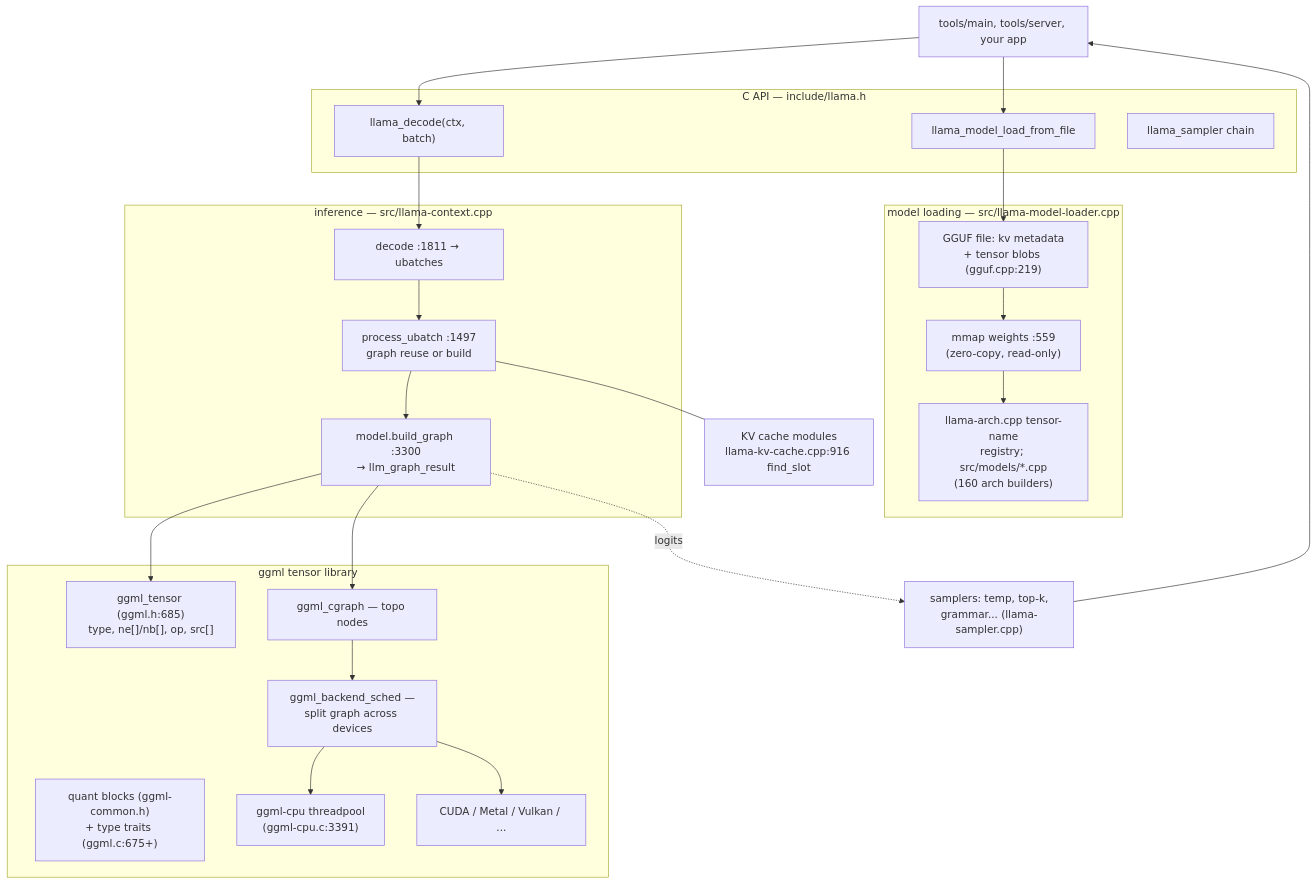
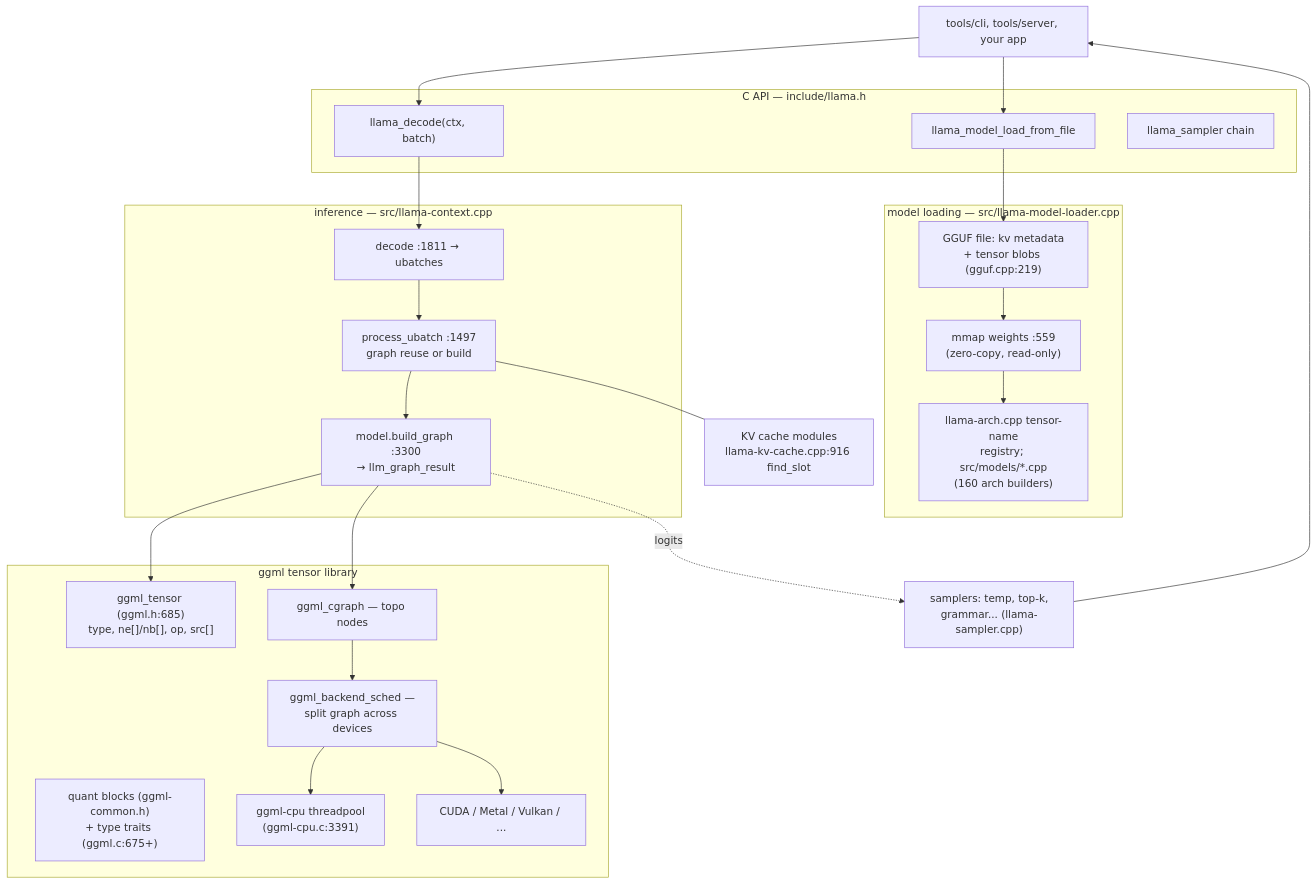
Before and after one commit to acailic/system-design-atlas: the first of 2 diagrams in deep-dives/llama-cpp.md, drawn with Mermaid. The commit also changed other lines of this file and 9 other files, not shown here.

````diff
--- a/deep-dives/llama-cpp.md
+++ b/deep-dives/llama-cpp.md
@@ -59,40 +59,40 @@
 ```mermaid
 flowchart TD
-    APP["tools/main, tools/server, your app"]
+    APP["tools/cli, tools/server, your app"]
 
     subgraph api["C API — include/llama.h"]
         L1["llama_model_load_from_file"]
         L2["llama_decode(ctx, batch)"]
         L3["llama_sampler chain"]
     end
 
     subgraph loader["model loading — src/llama-model-loader.cpp"]
         GGUF["GGUF file: kv metadata<br/>+ tensor blobs (gguf.cpp:219)"]
         MMAP["mmap weights :559<br/>(zero-copy, read-only)"]
         ARCH["llama-arch.cpp tensor-name<br/>registry; src/models/*.cpp<br/>(160 arch builders)"]
     end
 
     subgraph ctx["inference — src/llama-context.cpp"]
         DEC["decode :1811 → ubatches"]
         PU["process_ubatch :1497<br/>graph reuse or build"]
         GB["model.build_graph :3300<br/>→ llm_graph_result"]
     end
 
     subgraph ggml["ggml tensor library"]
         TEN["ggml_tensor (ggml.h:685)<br/>type, ne[]/nb[], op, src[]"]
         GRAPH["ggml_cgraph — topo nodes"]
         QS["quant blocks (ggml-common.h)<br/>+ type traits (ggml.c:675+)"]
         SCHED["ggml_backend_sched —<br/>split graph across devices"]
         CPU["ggml-cpu threadpool<br/>(ggml-cpu.c:3391)"]
         GPU["CUDA / Metal / Vulkan / ..."]
     end
 
     KVC["KV cache modules<br/>llama-kv-cache.cpp:916 find_slot"]
     SMP["samplers: temp, top-k,<br/>grammar... (llama-sampler.cpp)"]
 
     APP --> L1 --> GGUF --> MMAP --> ARCH
     APP --> L2 --> DEC --> PU --> GB --> TEN
     GB --> GRAPH --> SCHED --> CPU & GPU
     PU --- KVC
     GB -.->|"logits"| SMP --> APP
 ```
````
